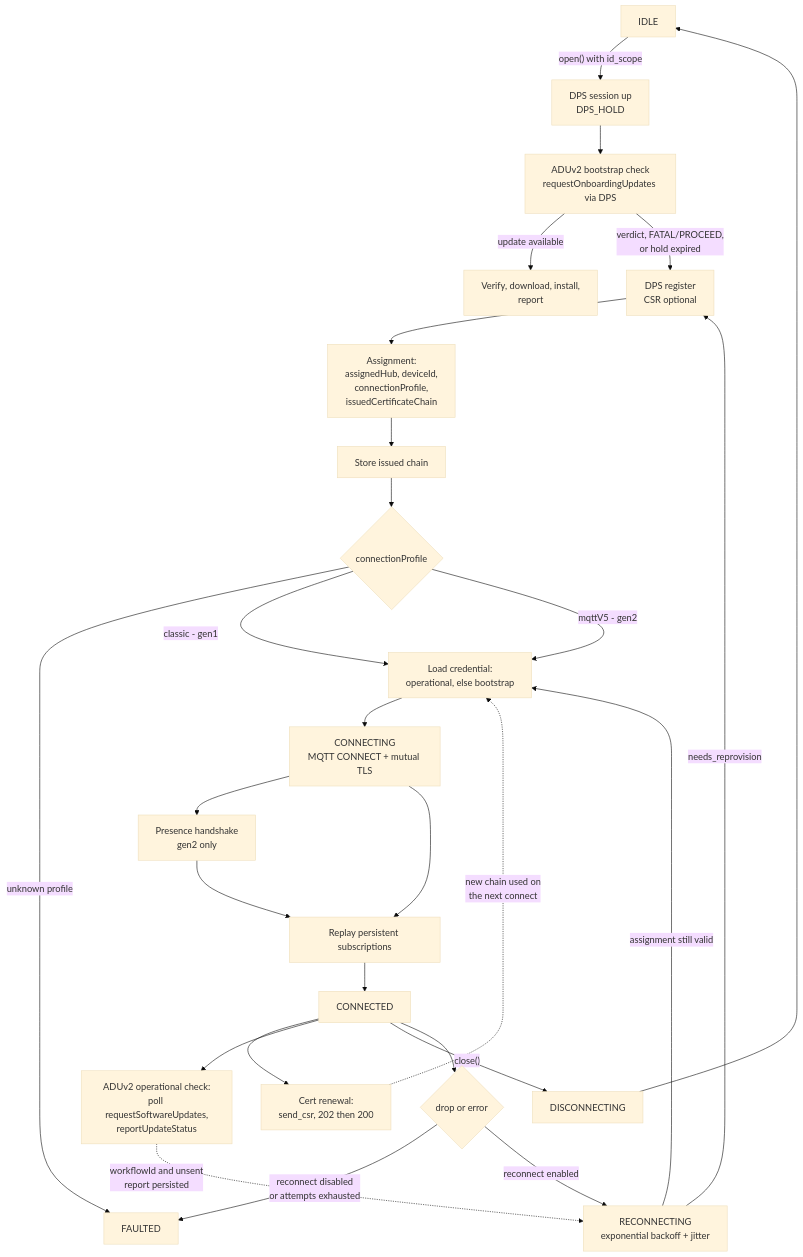
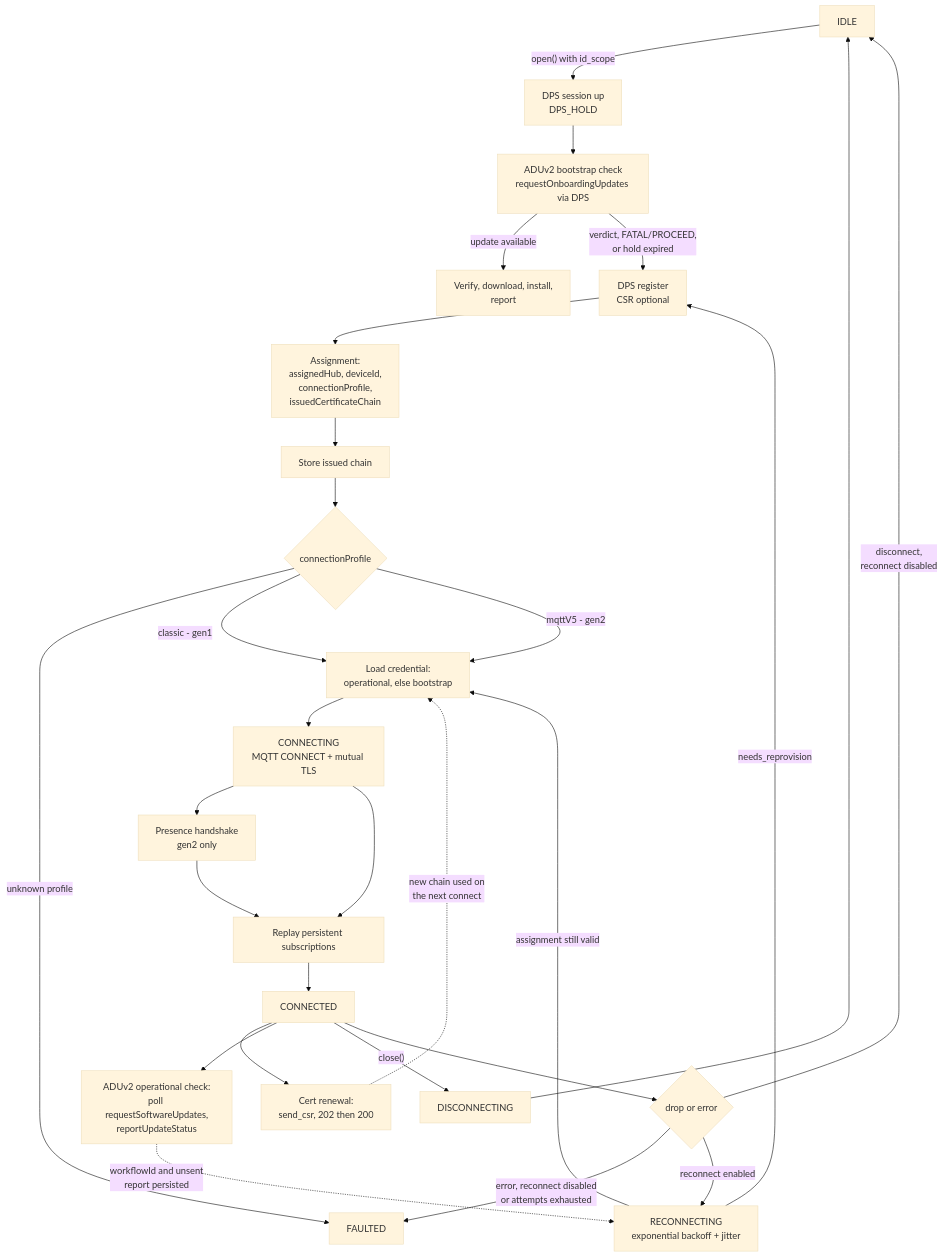
Before and after one commit to Azure/azure-iot-sdk: the ninth of 9 diagrams in c/docs/eng/connection-c.md, drawn with Mermaid (base theme). The commit also changed other lines of this file and 1 other file, not shown here.

````diff
--- a/c/docs/eng/connection-c.md
+++ b/c/docs/eng/connection-c.md
@@ -710,33 +710,34 @@
 ```mermaid
 flowchart TB
     IDLE["IDLE"] -->|"open() with id_scope"| DSESS["DPS session up<br/>DPS_HOLD"]
     DSESS --> BCHK["ADUv2 bootstrap check<br/>requestOnboardingUpdates via DPS"]
     BCHK -->|"update available"| BINST["Verify, download, install,<br/>report"]
     BCHK -->|"verdict, FATAL/PROCEED,<br/>or hold expired"| REG["DPS register<br/>CSR optional"]
 
     REG --> ASSIGN["Assignment:<br/>assignedHub, deviceId,<br/>connectionProfile,<br/>issuedCertificateChain"]
     ASSIGN --> STORE1["Store issued chain"]
     STORE1 --> PROFILE{"connectionProfile"}
 
     PROFILE -->|"unknown profile"| FAULTED
     PROFILE -->|"classic - gen1"| CRED
     PROFILE -->|"mqttV5 - gen2"| CRED["Load credential:<br/>operational, else bootstrap"]
 
     CRED --> CONNECTING["CONNECTING<br/>MQTT CONNECT + mutual TLS"]
     CONNECTING --> BIRTH["Presence handshake<br/>gen2 only"]
     BIRTH --> SUBS["Replay persistent subscriptions"]
     CONNECTING --> SUBS
     SUBS --> CONNECTED["CONNECTED"]
 
     CONNECTED --> CRENEW["Cert renewal:<br/>send_csr, 202 then 200"]
     CRENEW -.->|"new chain used on<br/>the next connect"| CRED
     CONNECTED --> ARENEW["ADUv2 operational check:<br/>poll requestSoftwareUpdates,<br/>reportUpdateStatus"]
 
     CONNECTED -->|"close()"| DISC["DISCONNECTING"] --> IDLE
     CONNECTED --> DROP{"drop or error"}
-    DROP -->|"reconnect disabled<br/>or attempts exhausted"| FAULTED["FAULTED"]
+    DROP -->|"error, reconnect disabled<br/>or attempts exhausted"| FAULTED["FAULTED"]
+    DROP -->|"disconnect,<br/>reconnect disabled"| IDLE
     DROP -->|"reconnect enabled"| RECON["RECONNECTING<br/>exponential backoff + jitter"]
     RECON -->|"needs_reprovision"| REG
     RECON -->|"assignment still valid"| CRED
     ARENEW -.->|"workflowId and unsent<br/>report persisted"| RECON
 ```
````
